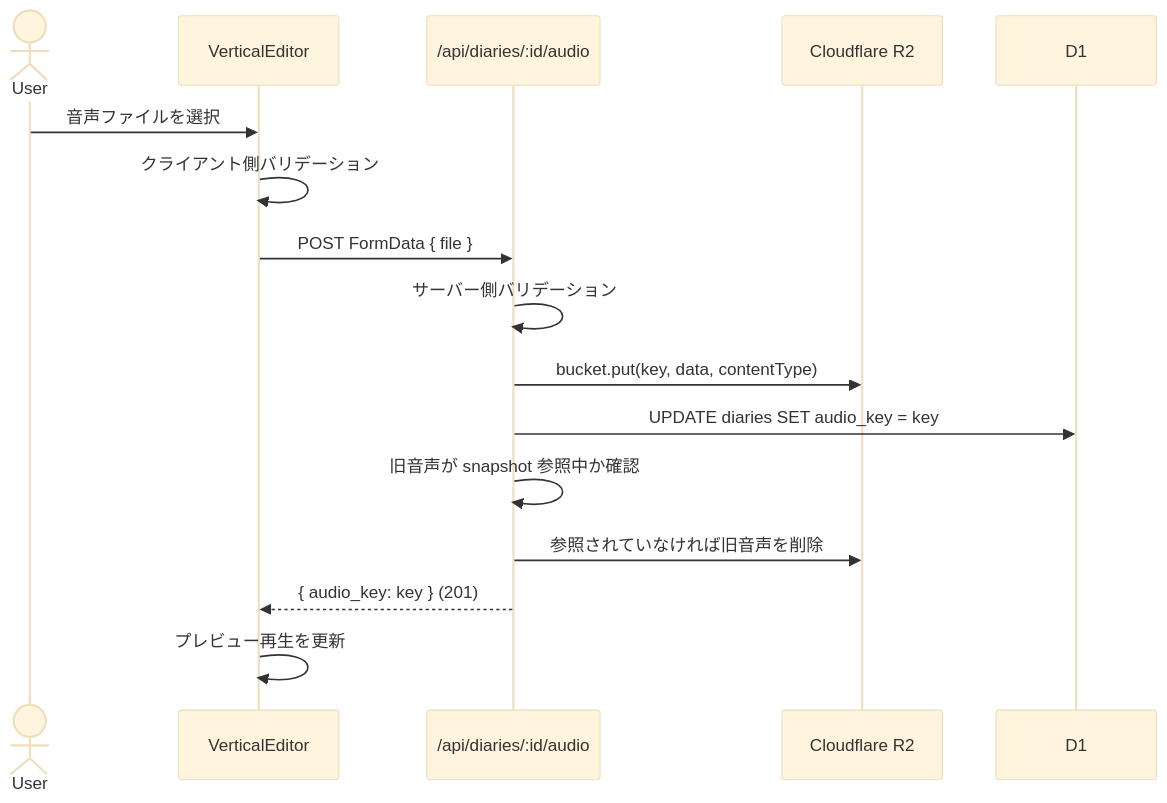
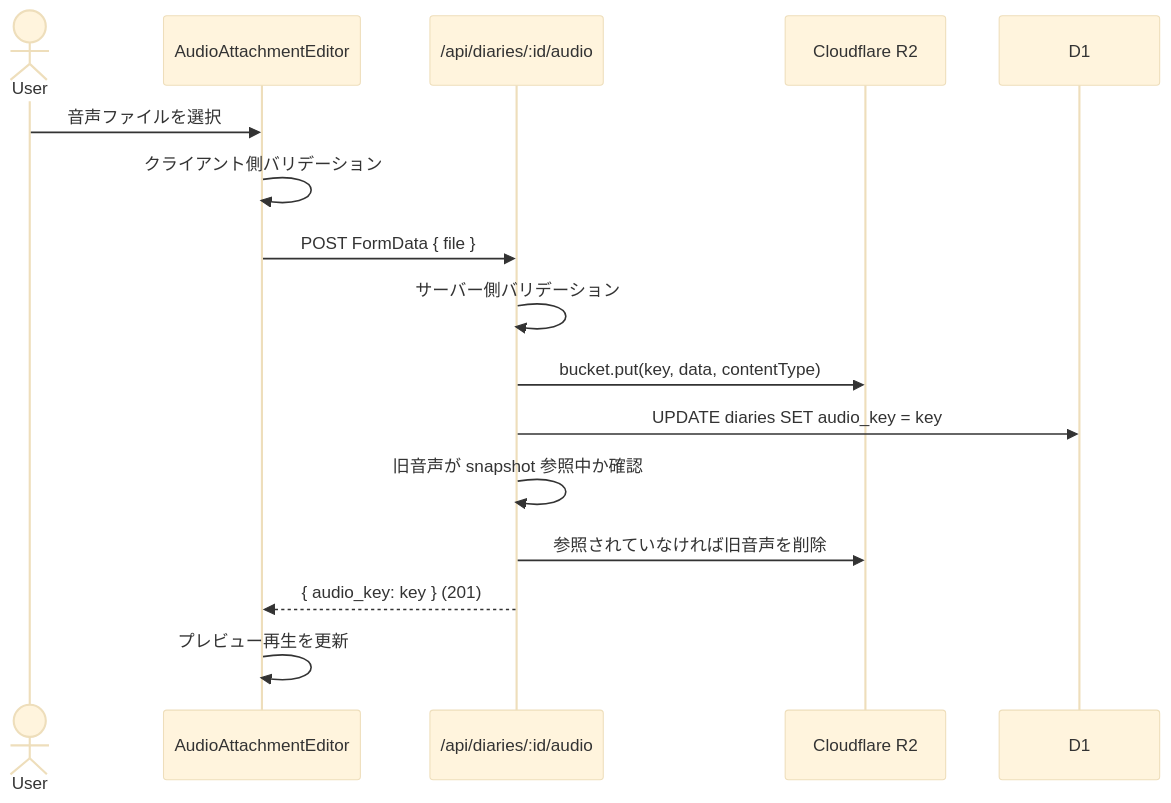
Before and after one commit to shimabox/400-diary: the first of 5 diagrams in docs/architecture/audio.md, drawn with Mermaid (base theme). The commit also changed other lines of this file and 12 other files, not shown here.

````diff
--- a/docs/architecture/audio.md
+++ b/docs/architecture/audio.md
@@ -65,19 +65,19 @@
 ```mermaid
 sequenceDiagram
     actor User
-    participant Editor as VerticalEditor
+    participant AudioEditor as AudioAttachmentEditor
     participant API as /api/diaries/:id/audio
     participant R2 as Cloudflare R2
     participant DB as D1
 
-    User->>Editor: 音声ファイルを選択
-    Editor->>Editor: クライアント側バリデーション
-    Editor->>API: POST FormData { file }
+    User->>AudioEditor: 音声ファイルを選択
+    AudioEditor->>AudioEditor: クライアント側バリデーション
+    AudioEditor->>API: POST FormData { file }
     API->>API: サーバー側バリデーション
     API->>R2: bucket.put(key, data, contentType)
     API->>DB: UPDATE diaries SET audio_key = key
     API->>API: 旧音声が snapshot 参照中か確認
     API->>R2: 参照されていなければ旧音声を削除
-    API-->>Editor: { audio_key: key } (201)
-    Editor->>Editor: プレビュー再生を更新
+    API-->>AudioEditor: { audio_key: key } (201)
+    AudioEditor->>AudioEditor: プレビュー再生を更新
 ```
````
